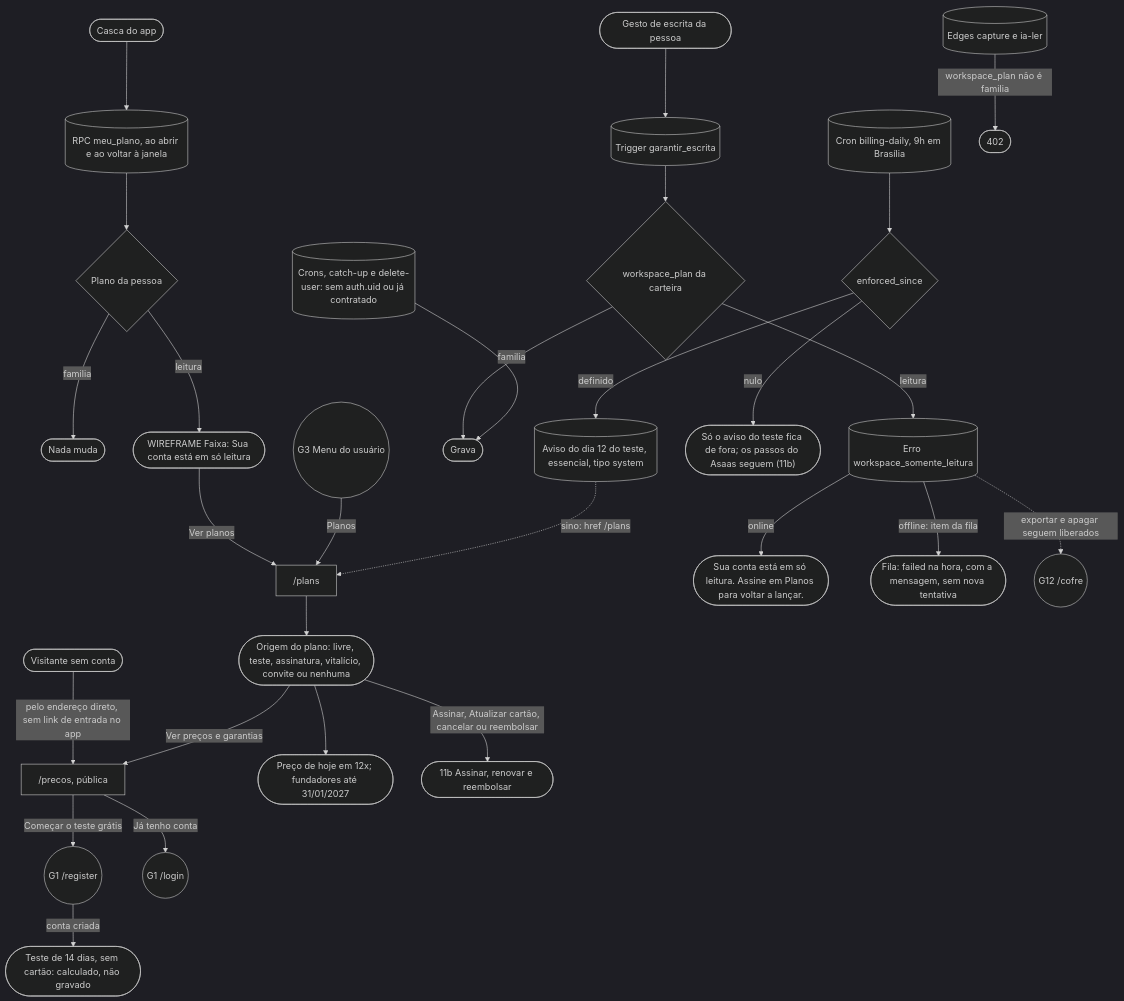
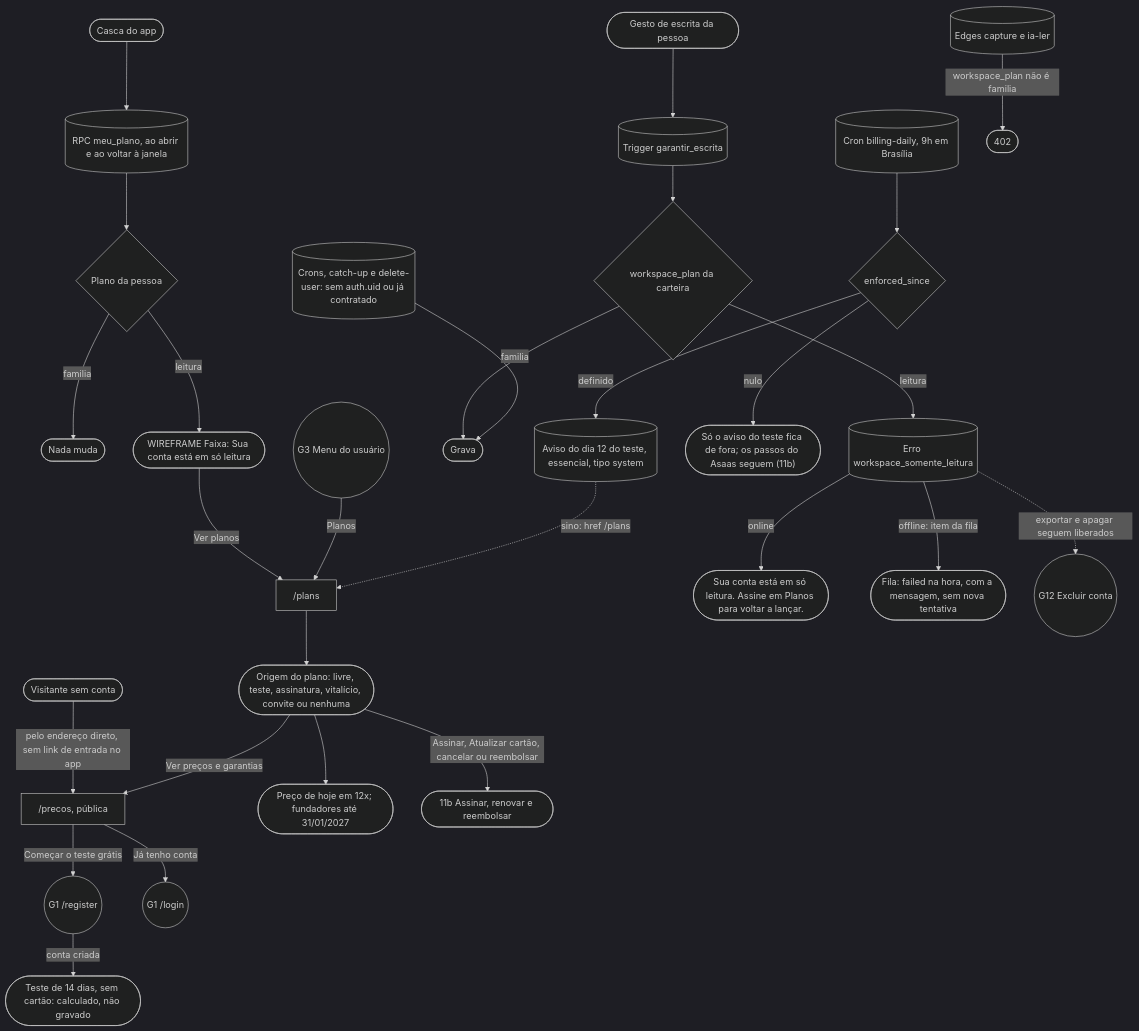
Before and after one commit to kauax2000/finance_app: diagram 17 of 32 in docs/JORNADAS.md, drawn with Mermaid. The commit also changed other lines of this file and 3 other files, not shown here.

````diff
--- a/docs/JORNADAS.md
+++ b/docs/JORNADAS.md
@@ -1347,34 +1342,34 @@
 ```mermaid
 %%{init: {"theme": "dark"}}%%
 flowchart TD
     visitor(["Visitante sem conta"]) -->|"pelo endereço direto, sem link de entrada no app"| precos["/precos, pública"]
     precos -->|"Começar o teste grátis"| G1r(("G1 /register"))
     precos -->|"Já tenho conta"| G1l(("G1 /login"))
     G1r -->|"conta criada"| trial(["Teste de 14 dias, sem cartão: calculado, não gravado"])
 
     shell(["Casca do app"]) --> mine[("RPC meu_plano, ao abrir e ao voltar à janela")]
     mine --> state{"Plano da pessoa"}
     state -->|"familia"| free(["Nada muda"])
     state -->|"leitura"| banner(["WIREFRAME Faixa: Sua conta está em só leitura"])
     banner -->|"Ver planos"| plans["/plans"]
     userMenu(("G3 Menu do usuário")) -->|"Planos"| plans
     plans --> origin(["Origem do plano: livre, teste, assinatura, vitalício, convite ou nenhuma"])
     origin --> price(["Preço de hoje em 12x; fundadores até 31/01/2027"])
     origin -->|"Assinar, Atualizar cartão, cancelar ou reembolsar"| buy(["11b Assinar, renovar e reembolsar"])
     origin -->|"Ver preços e garantias"| precos
 
     write(["Gesto de escrita da pessoa"]) --> trigger[("Trigger garantir_escrita")]
     trigger --> gate{"workspace_plan da carteira"}
     gate -->|"familia"| saved(["Grava"])
     gate -->|"leitura"| refused[("Erro workspace_somente_leitura")]
     refused -->|"online"| msg(["Sua conta está em só leitura. Assine em Planos para voltar a lançar."])
     refused -->|"offline: item da fila"| failed(["Fila: failed na hora, com a mensagem, sem nova tentativa"])
-    refused -.->|"exportar e apagar seguem liberados"| G12(("G12 /cofre"))
+    refused -.->|"exportar e apagar seguem liberados"| G12(("G12 Excluir conta"))
     cronjobs[("Crons, catch-up e delete-user: sem auth.uid ou já contratado")] --> saved
 
     daily[("Cron billing-daily, 9h em Brasília")] --> off{"enforced_since"}
     off -->|"nulo"| skip(["Só o aviso do teste fica de fora; os passos do Asaas seguem (11b)"])
     off -->|"definido"| day12[("Aviso do dia 12 do teste, essencial, tipo system")]
     day12 -.->|"sino: href /plans"| plans
     capture[("Edges capture e ia-ler")] -->|"workspace_plan não é familia"| r402(["402"])
 ```
````
